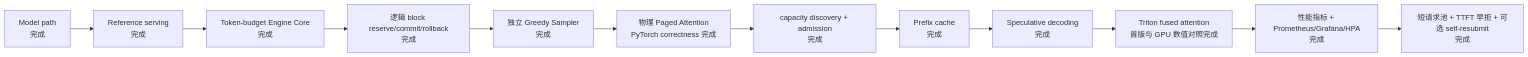
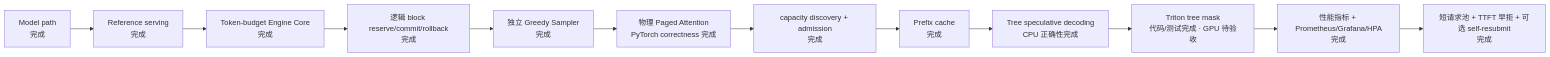
One commit to poorpaper/light-vllm changed the third of 3 diagrams in docs/design.md. Above: the diagram before and after it, drawn with Mermaid. The commit also changed other lines of this file and 5 other files, not shown here.

Commit message:
docs: document tree speculative decoding

````diff
--- a/docs/design.md
+++ b/docs/design.md
@@ -354,14 +364,14 @@
 ```mermaid
 flowchart LR
     Model["Model path<br/>完成"] --> Serving["Reference serving<br/>完成"]
     Serving --> Core["Token-budget Engine Core<br/>完成"]
     Core --> Logical["逻辑 block reserve/commit/rollback<br/>完成"]
     Logical --> Sampling["独立 Greedy Sampler<br/>完成"]
     Sampling --> Paged["物理 Paged Attention<br/>PyTorch correctness 完成"]
     Paged --> Capacity["capacity discovery + admission<br/>完成"]
     Capacity --> Prefix["Prefix cache<br/>完成"]
-    Prefix --> Spec["Speculative decoding<br/>完成"]
-    Spec --> Kernel["Triton fused attention<br/>首版与 GPU 数值对照完成"]
+    Prefix --> Spec["Tree speculative decoding<br/>CPU 正确性完成"]
+    Spec --> Kernel["Triton tree mask<br/>代码/测试完成 · GPU 待验收"]
     Kernel --> Metrics["性能指标 + Prometheus/Grafana/HPA<br/>完成"]
     Metrics --> SLO["短请求池 + TTFT 早拒 + 可选 self-resubmit<br/>完成"]
 ```
````
